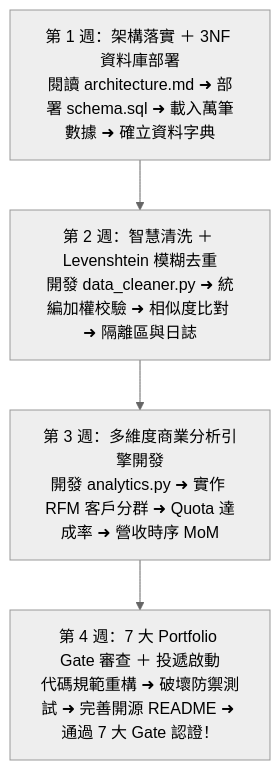
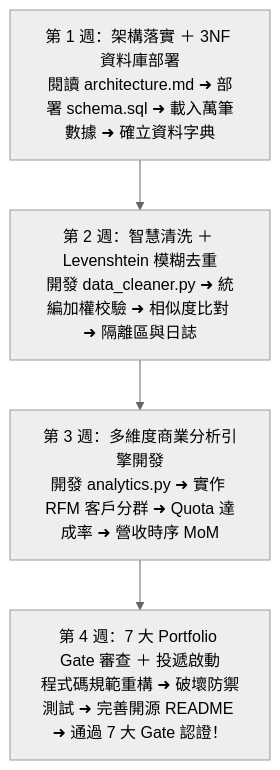
One commit to rosf000/B2B-SQL changed the first of 2 diagrams in 轉職計畫/08_Month08_旗艦主力專案_B2B客戶數據系統/README.md. Above: the diagram before and after it, drawn with Mermaid (neutral theme). The commit also changed 48 other files, not shown here.

````diff
--- a/轉職計畫/08_Month08_旗艦主力專案_B2B客戶數據系統/README.md
+++ b/轉職計畫/08_Month08_旗艦主力專案_B2B客戶數據系統/README.md
@@ -10,9 +10,9 @@
 ```mermaid
 flowchart TD
     S1["第 1 週：架構落實 ＋ 3NF 資料庫部署<br/>閱讀 architecture.md ➜ 部署 schema.sql ➜ 載入萬筆數據 ➜ 確立資料字典"]
     S2["第 2 週：智慧清洗 ＋ Levenshtein 模糊去重<br/>開發 data_cleaner.py ➜ 統編加權校驗 ➜ 相似度比對 ➜ 隔離區與日誌"]
     S3["第 3 週：多維度商業分析引擎開發<br/>開發 analytics.py ➜ 實作 RFM 客戶分群 ➜ Quota 達成率 ➜ 營收時序 MoM"]
-    S4["第 4 週：7 大 Portfolio Gate 審查 ＋ 投遞啟動<br/>代碼規範重構 ➜ 破壞防禦測試 ➜ 完善開源 README ➜ 通過 7 大 Gate 認證！"]
+    S4["第 4 週：7 大 Portfolio Gate 審查 ＋ 投遞啟動<br/>程式碼規範重構 ➜ 破壞防禦測試 ➜ 完善開源 README ➜ 通過 7 大 Gate 認證！"]
 
     S1 --> S2 --> S3 --> S4
 ```
````
